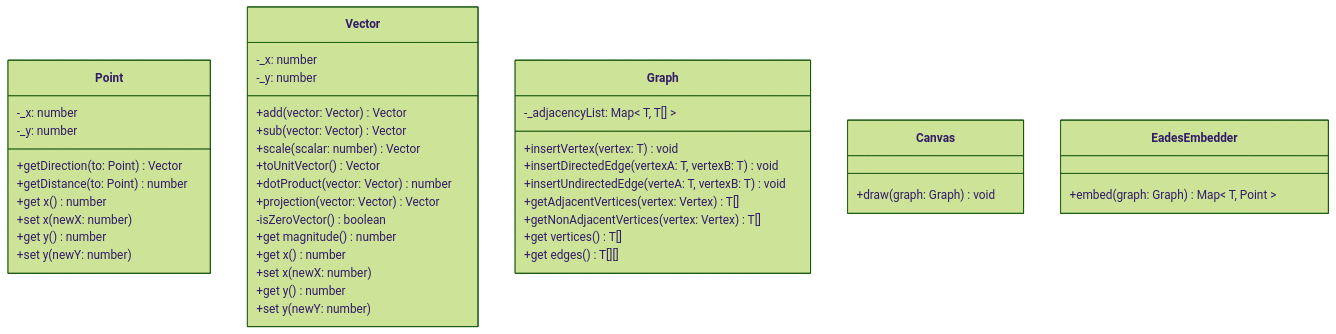
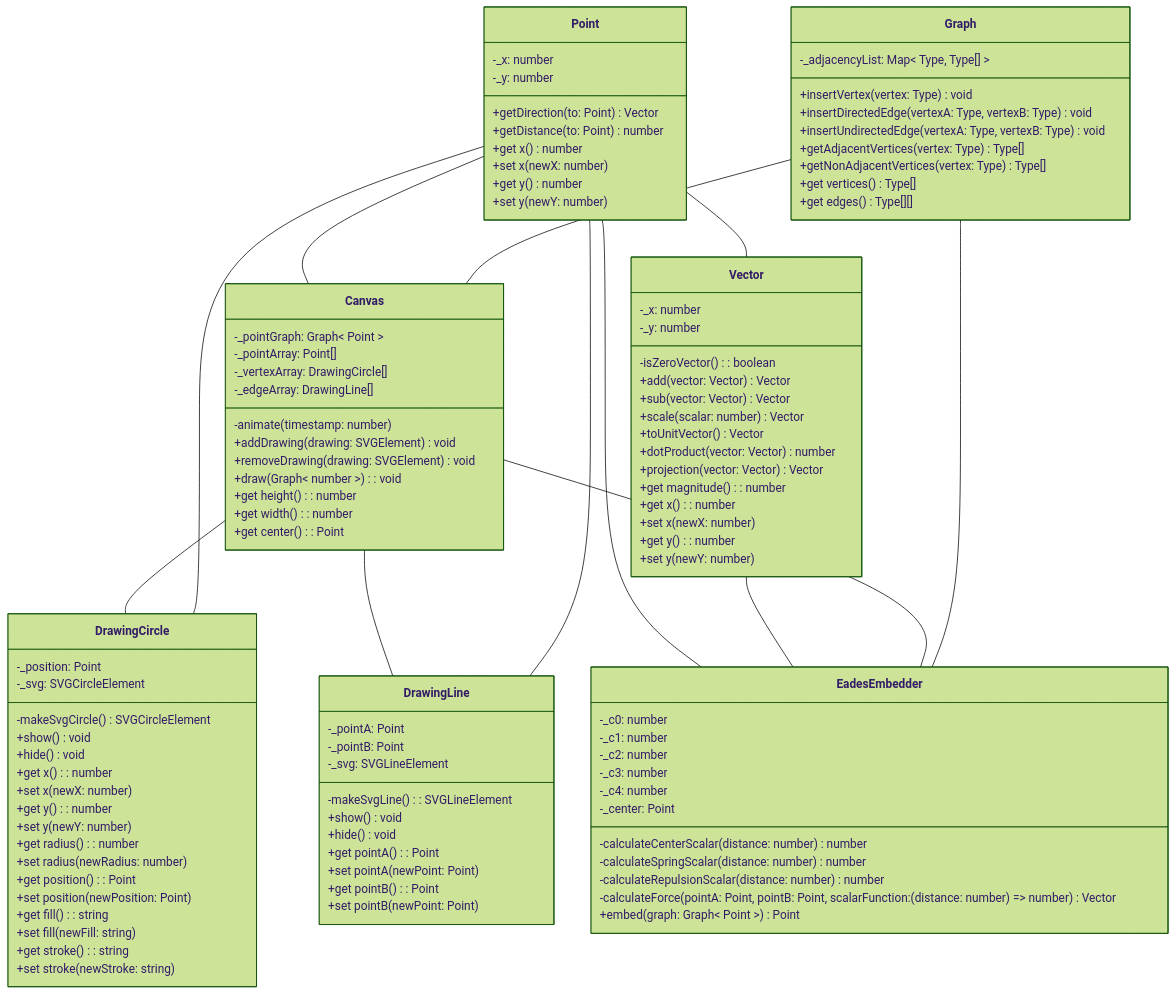
Before and after one commit to hallkyon/hallkyon.github.io: the diagram in docs/class-diagram.md, drawn with Mermaid (forest theme). The commit also changed other lines of this file and 58 other files, not shown here.

````diff
--- a/docs/class-diagram.md
+++ b/docs/class-diagram.md
@@ -1,9 +3,53 @@
 ```mermaid
 classDiagram
-class Point{
+
+class EadesEmbedder {
+	-_c0: number
+	-_c1: number
+	-_c2: number
+	-_c3: number
+	-_c4: number
+	
+	-_center: Point
+	
+	-calculateCenterScalar(distance: number) number
+	-calculateSpringScalar(distance: number) number
+	-calculateRepulsionScalar(distance: number) number
+	-calculateForce(pointA: Point, pointB: Point, scalarFunction: (distance: number) => number) Vector
+	+embed(graph: Graph< Point >) Point
+}
+
+class Graph {
+	-_adjacencyList: Map< Type, Type[] >
+	
+	+insertVertex(vertex: Type) void
+	+insertDirectedEdge(vertexA: Type, vertexB: Type) void
+	+insertUndirectedEdge(vertexA: Type, vertexB: Type) void
+	+getAdjacentVertices(vertex: Type) Type[]
+	+getNonAdjacentVertices(vertex: Type) Type[]
+	+get vertices() Type[]
+	+get edges() Type[][]
+}
+
+class Canvas {
+	-_pointGraph: Graph< Point >
+	-_pointArray: Point[]
+	-_vertexArray: DrawingCircle[]
+	-_edgeArray: DrawingLine[]
+
+	-animate(timestamp: number)
+	+addDrawing(drawing: SVGElement) void
+	+removeDrawing(drawing: SVGElement) void
+	+draw(Graph< number >): void
+    +get height(): number
+	+get width(): number
+	+get center(): Point
+}
+
+class Point {
 	-_x: number
 	-_y: number
-
+	
 	+getDirection(to: Point) Vector
 	+getDistance(to: Point) number
 	+get x() number
@@ -15,39 +61,65 @@
 class Vector {
 	-_x: number
 	-_y: number
-
+	
+	-isZeroVector(): boolean
 	+add(vector: Vector) Vector
 	+sub(vector: Vector) Vector
 	+scale(scalar: number) Vector
 	+toUnitVector() Vector
 	+dotProduct(vector: Vector) number
 	+projection(vector: Vector) Vector
-	-isZeroVector() boolean
-	+get magnitude() number
-	+get x() number
+	+get magnitude(): number
+	+get x(): number
 	+set x(newX: number)
-	+get y() number
+	+get y(): number
 	+set y(newY: number)
 }
 
-class Graph {
-	-_adjacencyList: Map< T, T[] >
+class DrawingCircle {
+	-_position: Point
+	-_svg: SVGCircleElement
 
-	+insertVertex(vertex: T) void
-	+insertDirectedEdge(vertexA: T, vertexB: T) void
-	+insertUndirectedEdge(verteA: T, vertexB: T) void
-	+getAdjacentVertices(vertex: Vertex) T[]
-	+getNonAdjacentVertices(vertex: Vertex) T[]
-	+get vertices() T[]
-	+get edges() T[][]
+	-makeSvgCircle() SVGCircleElement
+	+show() void
+	+hide() void
+	+get x(): number
+	+set x(newX: number)
+	+get y(): number
+	+set y(newY: number)
+	+get radius(): number
+	+set radius(newRadius: number)
+	+get position(): Point
+	+set position(newPosition: Point)
+	+get fill(): string
+	+set fill(newFill: string)
+	+get stroke(): string
+	+set stroke(newStroke: string)
 }
 
-class Canvas {
-	+draw(graph: Graph<T>) void
+class DrawingLine {
+	-_pointA: Point
+	-_pointB: Point
+	-_svg: SVGLineElement
+	
+	-makeSvgLine(): SVGLineElement
+	+show() void
+	+hide() void
+	+get pointA(): Point
+	+set pointA(newPoint: Point)
+	+get pointB(): Point
+	+set pointB(newPoint: Point)
 }
 
-class EadesEmbedder {
-	+embed(graph: Graph<T>) Map< T, Point >
-}
-
+Canvas -- DrawingCircle
+Canvas -- DrawingLine
+Point -- EadesEmbedder
+Point -- Canvas
+Point -- DrawingCircle
+Point -- DrawingLine
+Point -- Vector
+Vector -- EadesEmbedder
+Canvas -- EadesEmbedder
+Graph -- Canvas
+Graph -- EadesEmbedder
 ```
````
